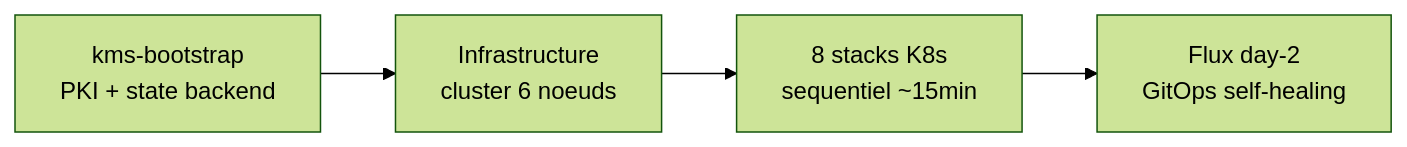
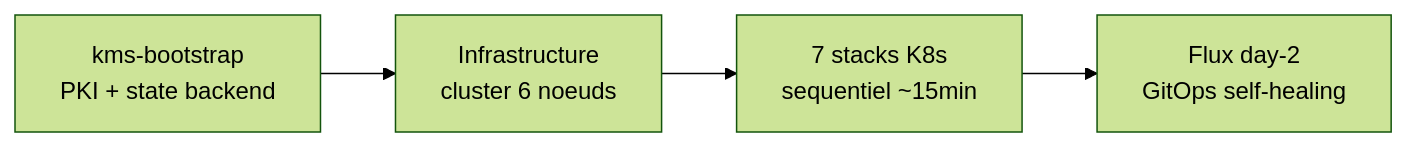
Before and after one commit to Destynova2/st4ck: the diagram in docs/index.md, drawn with Mermaid (forest theme). The commit also changed other lines of this file and 17 other files, not shown here.

````diff
--- a/docs/index.md
+++ b/docs/index.md
@@ -17,6 +17,6 @@
 ```mermaid
 graph LR
     KMS[kms-bootstrap<br/>PKI + state backend] --> INFRA[Infrastructure<br/>cluster 6 noeuds]
-    INFRA --> STACKS[8 stacks K8s<br/>sequentiel ~15min]
+    INFRA --> STACKS[7 stacks K8s<br/>sequentiel ~15min]
     STACKS --> FLUX[Flux day-2<br/>GitOps self-healing]
 ```
````
